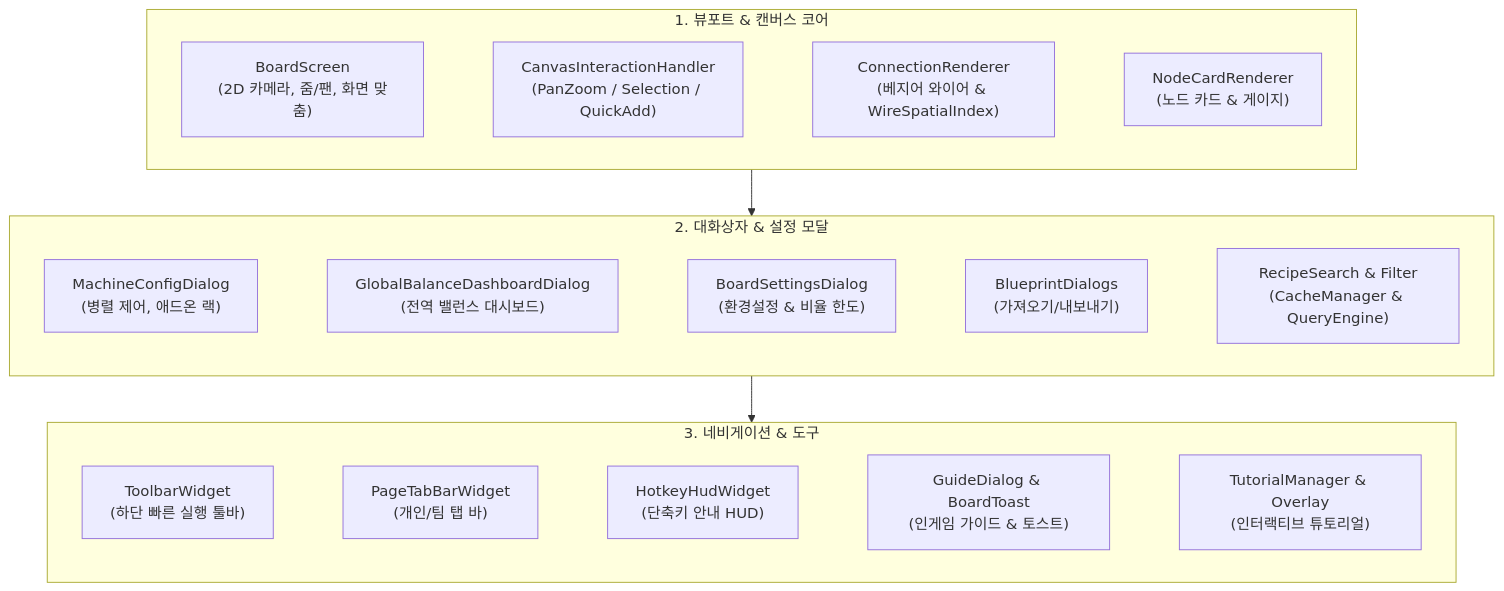
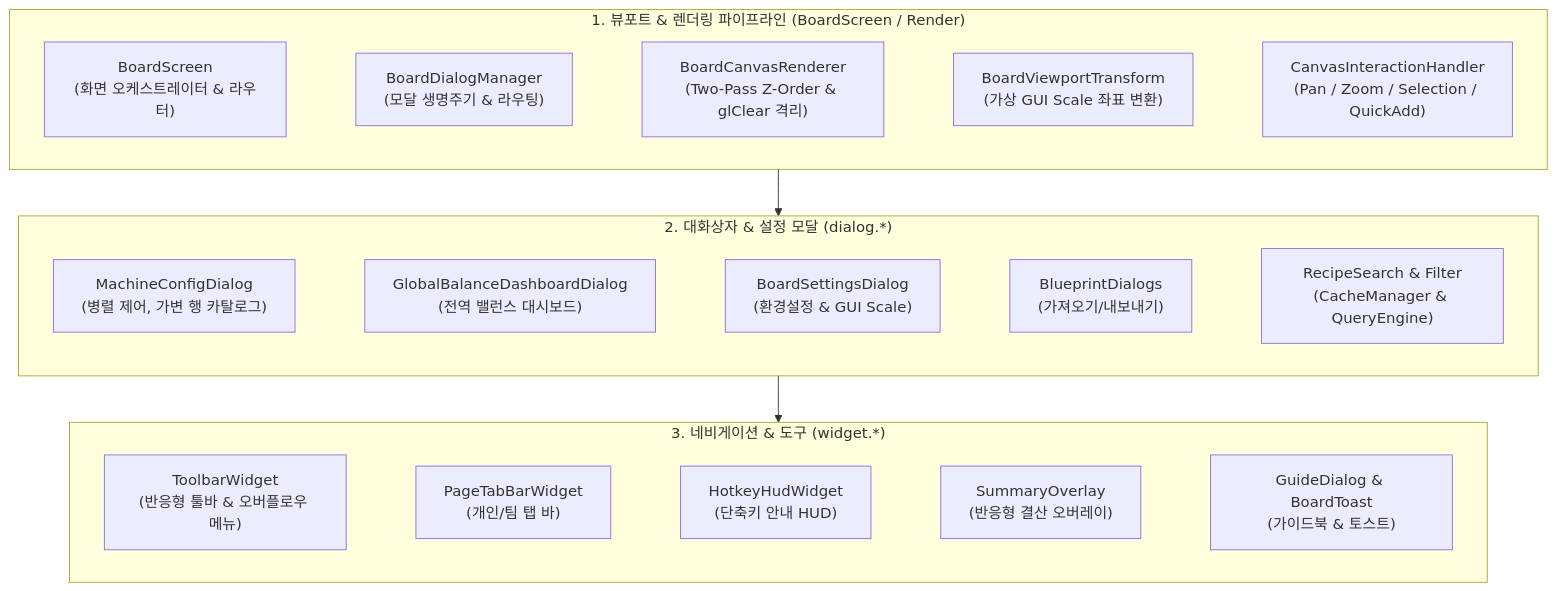
The diagram in docs/ko_kr/spec/03_UI_AND_RENDERING_PIPELINE.md (Amvermain/GregTechCalculatorBoard), drawn with Mermaid before and after one commit. The commit also changed 111 other files, not shown here.

````diff
--- a/docs/ko_kr/spec/03_UI_AND_RENDERING_PIPELINE.md
+++ b/docs/ko_kr/spec/03_UI_AND_RENDERING_PIPELINE.md
@@ -12,20 +12,20 @@
 ```mermaid
 flowchart TB
-    subgraph Viewport["1. 뷰포트 & 캔버스 코어"]
+    subgraph Viewport["1. 뷰포트 & 렌더링 파이프라인 (BoardScreen / Render)"]
         direction LR
-        BS["BoardScreen<br/>(2D 카메라, 줌/팬, 화면 맞춤)"] ~~~ CIH["CanvasInteractionHandler<br/>(PanZoom / Selection / QuickAdd)"] ~~~ CR["ConnectionRenderer<br/>(베지어 와이어 & WireSpatialIndex)"] ~~~ NCR["NodeCardRenderer<br/>(노드 카드 & 게이지)"]
+        BS["BoardScreen<br/>(화면 오케스트레이터 & 라우터)"] ~~~ BDM["BoardDialogManager<br/>(모달 생명주기 & 라우팅)"] ~~~ BCR["BoardCanvasRenderer<br/>(Two-Pass Z-Order & glClear 격리)"] ~~~ BVT["BoardViewportTransform<br/>(가상 GUI Scale 좌표 변환)"] ~~~ CIH["CanvasInteractionHandler<br/>(Pan / Zoom / Selection / QuickAdd)"]
     end
 
-    subgraph Dialogs["2. 대화상자 & 설정 모달"]
+    subgraph Dialogs["2. 대화상자 & 설정 모달 (dialog.*)"]
         direction LR
-        MCD["MachineConfigDialog<br/>(병렬 제어, 애드온 랙)"] ~~~ GBD["GlobalBalanceDashboardDialog<br/>(전역 밸런스 대시보드)"] ~~~ BSD["BoardSettingsDialog<br/>(환경설정 & 비율 한도)"] ~~~ BPD["BlueprintDialogs<br/>(가져오기/내보내기)"] ~~~ RSD["RecipeSearch & Filter<br/>(CacheManager & QueryEngine)"]
+        MCD["MachineConfigDialog<br/>(병렬 제어, 가변 행 카탈로그)"] ~~~ GBD["GlobalBalanceDashboardDialog<br/>(전역 밸런스 대시보드)"] ~~~ BSD["BoardSettingsDialog<br/>(환경설정 & GUI Scale)"] ~~~ BPD["BlueprintDialogs<br/>(가져오기/내보내기)"] ~~~ RSD["RecipeSearch & Filter<br/>(CacheManager & QueryEngine)"]
     end
 
-    subgraph Nav["3. 네비게이션 & 도구"]
+    subgraph Nav["3. 네비게이션 & 도구 (widget.*)"]
         direction LR
-        TBW["ToolbarWidget<br/>(하단 빠른 실행 툴바)"] ~~~ PTB["PageTabBarWidget<br/>(개인/팀 탭 바)"] ~~~ HUD["HotkeyHudWidget<br/>(단축키 안내 HUD)"] ~~~ GD["GuideDialog & BoardToast<br/>(인게임 가이드 & 토스트)"] ~~~ TUT["TutorialManager & Overlay<br/>(인터랙티브 튜토리얼)"]
+        TBW["ToolbarWidget<br/>(반응형 툴바 & 오버플로우 메뉴)"] ~~~ PTB["PageTabBarWidget<br/>(개인/팀 탭 바)"] ~~~ HUD["HotkeyHudWidget<br/>(단축키 안내 HUD)"] ~~~ SO["SummaryOverlay<br/>(반응형 결산 오버레이)"] ~~~ GD["GuideDialog & BoardToast<br/>(가이드북 & 토스트)"]
     end
 
     Viewport --> Dialogs
     Dialogs --> Nav
 ```
````
